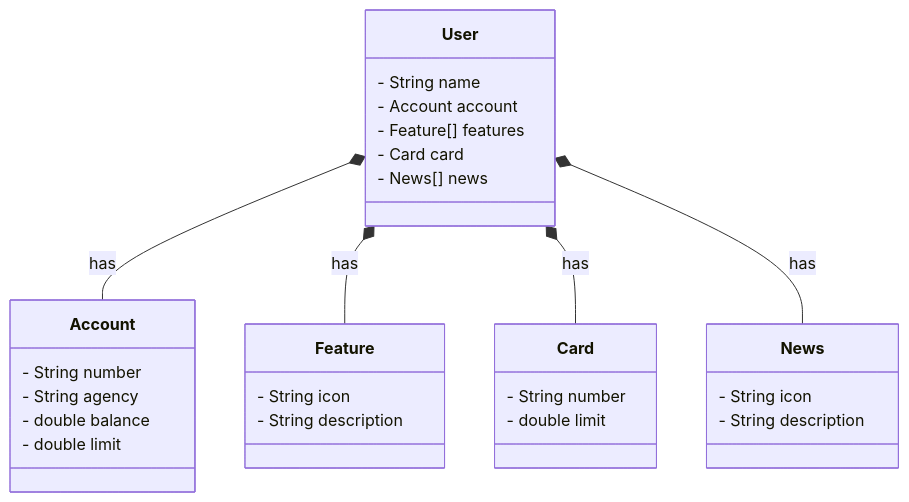
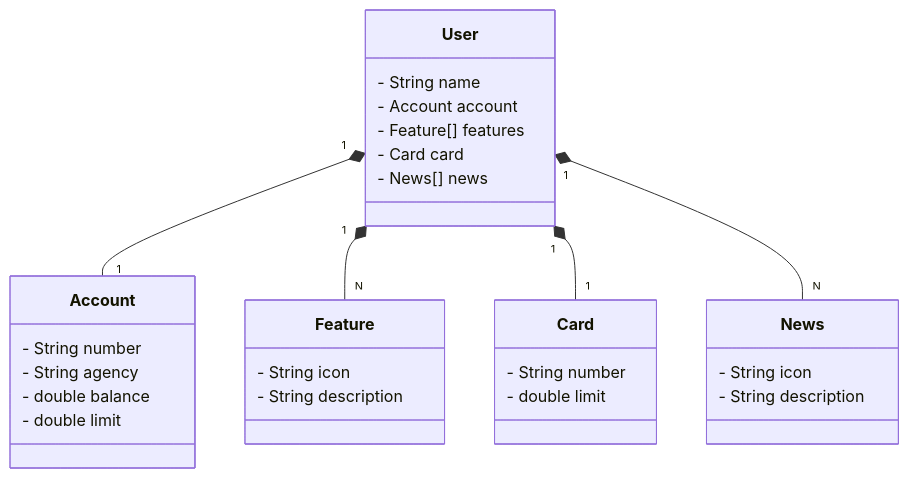
The diagram in README.md (Derito/meuprograma), drawn with Mermaid before and after one commit.

````diff
--- a/README.md
+++ b/README.md
@@ -7,35 +7,35 @@
 ```mermaid
 classDiagram
     class User {
         - String name    
         - Account account    
         - Feature[] features
         - Card card
         - News[] news
     }
     class Account {
         - String number
         - String agency
         - double balance
         - double limit
     }
     class Feature{
         - String icon
         - String description
     }
     
     class Card{
         - String number
         - double limit
     }
     
     class News {
         - String icon
         - String description
     }
     
-    User *-- Account: has
-    User *-- Feature: has
-    User *-- Card: has
-    User *-- News: has
+    User "1" *-- "1" Account: 
+    User "1" *-- "N" Feature: 
+    User "1" *-- "1" Card: 
+    User "1" *-- "N" News: 
 ```
````
